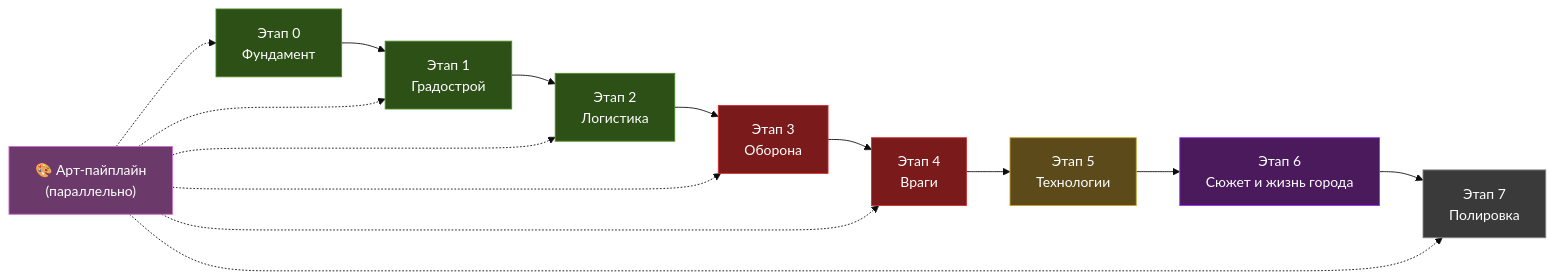
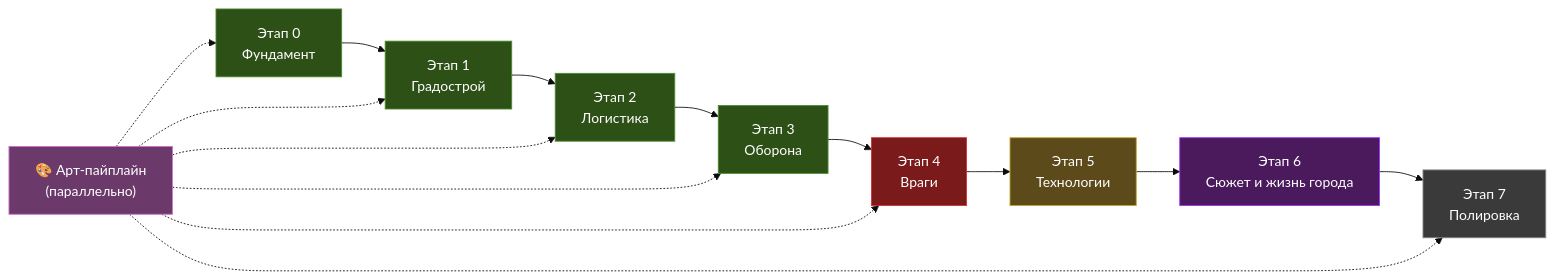
Before and after one commit to Amirrima37/AEGIS-HIVE: the diagram in ROADMAP.md, drawn with Mermaid (base theme). The commit also changed other lines of this file and 45 other files, not shown here.

````diff
--- a/ROADMAP.md
+++ b/ROADMAP.md
@@ -20,27 +20,27 @@
 ```mermaid
 flowchart LR
     E0["Этап 0\nФундамент"] --> E1["Этап 1\nГрадострой"]
     E1 --> E2["Этап 2\nЛогистика"]
     E2 --> E3["Этап 3\nОборона"]
     E3 --> E4["Этап 4\nВраги"]
     E4 --> E5["Этап 5\nТехнологии"]
     E5 --> E6["Этап 6\nСюжет и жизнь города"]
     E6 --> E7["Этап 7\nПолировка"]
 
     ART["🎨 Арт-пайплайн\n(параллельно)"] -.-> E0
     ART -.-> E1
     ART -.-> E2
     ART -.-> E3
     ART -.-> E4
     ART -.-> E7
 
     style E0 fill:#2d5016,stroke:#4a8c2a,color:#fff
     style E1 fill:#2d5016,stroke:#4a8c2a,color:#fff
     style E2 fill:#2d5016,stroke:#4a8c2a,color:#fff
-    style E3 fill:#7a1a1a,stroke:#d12e2e,color:#fff
+    style E3 fill:#2d5016,stroke:#4a8c2a,color:#fff
     style E4 fill:#7a1a1a,stroke:#d12e2e,color:#fff
     style E5 fill:#5c4a1a,stroke:#c9a227,color:#fff
     style E6 fill:#4a1a5c,stroke:#9b30ff,color:#fff
     style E7 fill:#3a3a3a,stroke:#888,color:#fff
     style ART fill:#6b3a6b,stroke:#d070d0,color:#fff
 ```
````
